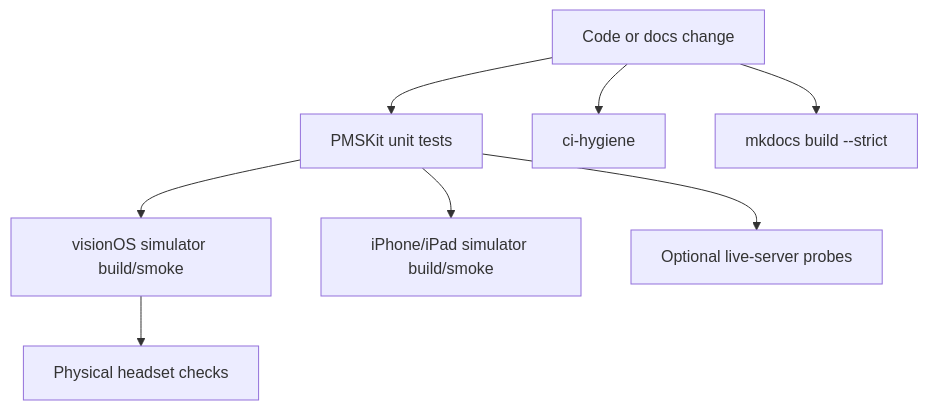
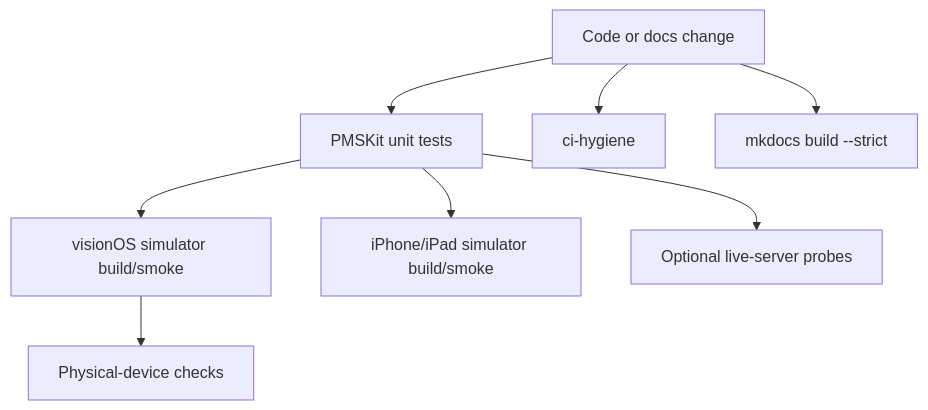
Before and after one commit to jlipworth/Labstream: the diagram in docs/TESTING-STRATEGY.md, drawn with Mermaid. The commit also changed other lines of this file and 21 other files, not shown here.

````diff
--- a/docs/TESTING-STRATEGY.md
+++ b/docs/TESTING-STRATEGY.md
@@ -5,10 +5,10 @@
 ```mermaid
 flowchart TD
   Change[Code or docs change] --> Unit[PMSKit unit tests]
   Change --> Hygiene[ci-hygiene]
   Change --> Docs[mkdocs build --strict]
   Unit --> VisionSim[visionOS simulator build/smoke]
   Unit --> MobileSim[iPhone/iPad simulator build/smoke]
-  VisionSim --> Device[Physical headset checks]
+  VisionSim --> Device[Physical-device checks]
   Unit --> Live[Optional live-server probes]
 ```
````
